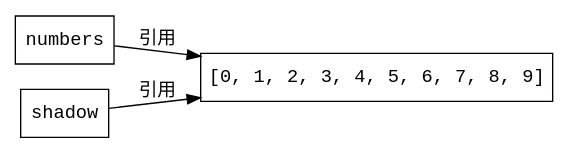
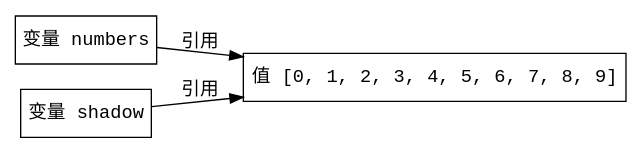
Before and after one commit to hubenchang0515/primers-legacy: the second of 3 diagrams in document/02.Python/03.容器类型/02.列表 list.md, drawn with Graphviz. The commit also changed other lines of this file and 2 other files, not shown here.

````diff
--- a/document/02.Python/03.容器类型/02.列表 list.md
+++ b/document/02.Python/03.容器类型/02.列表 list.md
@@ -109,13 +109,13 @@
 ```graphviz
 digraph G {
     node [shape=record, fontname="Courier", fontsize=14];
     rankdir=LR;
 
-    data [label="[0, 1, 2, 3, 4, 5, 6, 7, 8, 9]"];
-    numbers [label="numbers"];
-    shadow [label="shadow"];
+    data [label="值 [0, 1, 2, 3, 4, 5, 6, 7, 8, 9]"];
+    numbers [label="变量 numbers"];
+    shadow [label="变量 shadow"];
 
     numbers -> data [label="引用"];
     shadow -> data [label="引用"];
 }
 ```
````
